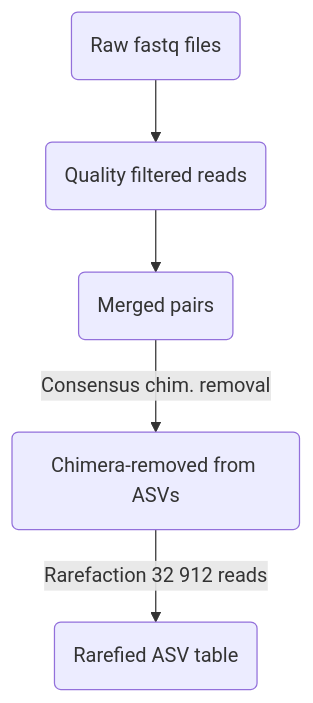
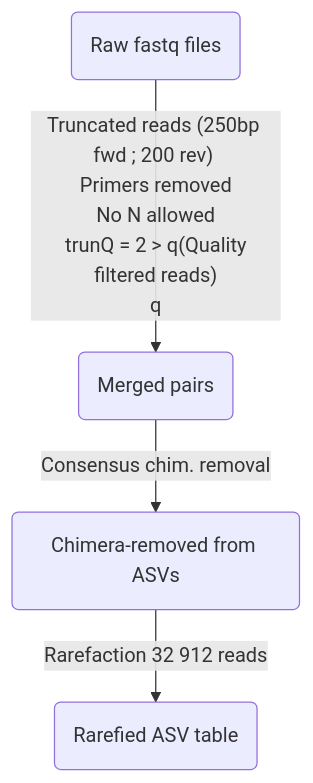
One commit to plchagnon/Lonicera---Coralie changed the first of 2 diagrams in README.md. Above: the diagram before and after it, drawn with Mermaid.

````diff
--- a/README.md
+++ b/README.md
@@ -69,7 +69,7 @@
 ```mermaid
 flowchart TD
-raw(Raw fastq files) --> q(Quality filtered reads)
+raw(Raw fastq files) -- Truncated reads (250bp fwd ; 200 rev) <br> Primers removed <br> No N allowed <br> trunQ = 2 > q(Quality filtered reads)
 q-->m(Merged pairs)
 m-- Consensus chim. removal -->chim(Chimera-removed from ASVs)
 chim-- Rarefaction 32 912 reads-->rar(Rarefied ASV table) 
 ```
````
